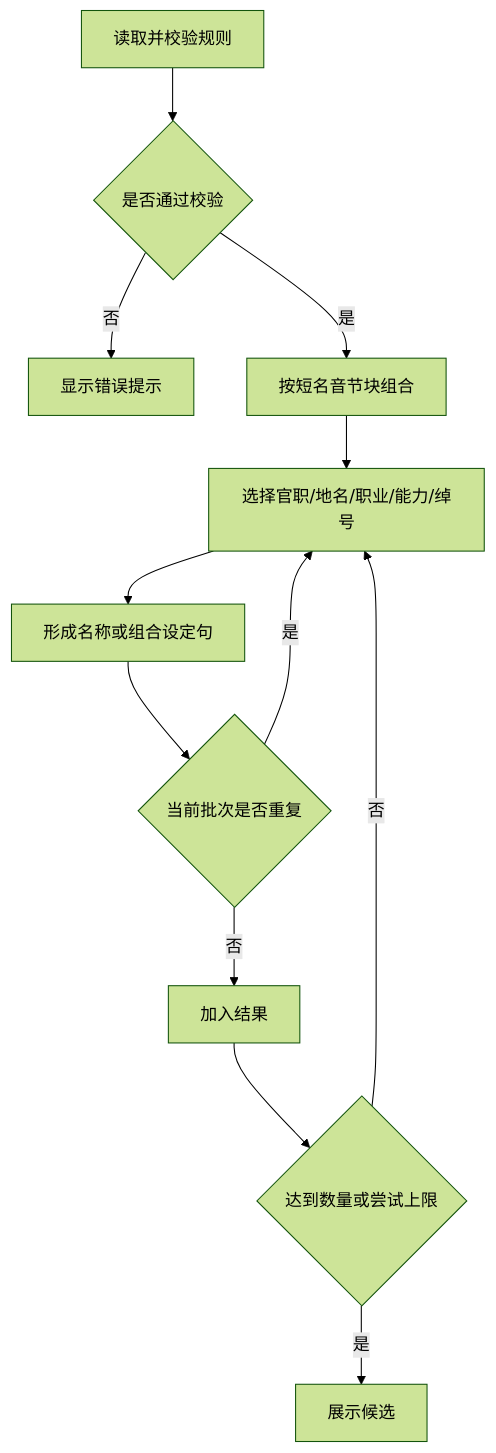
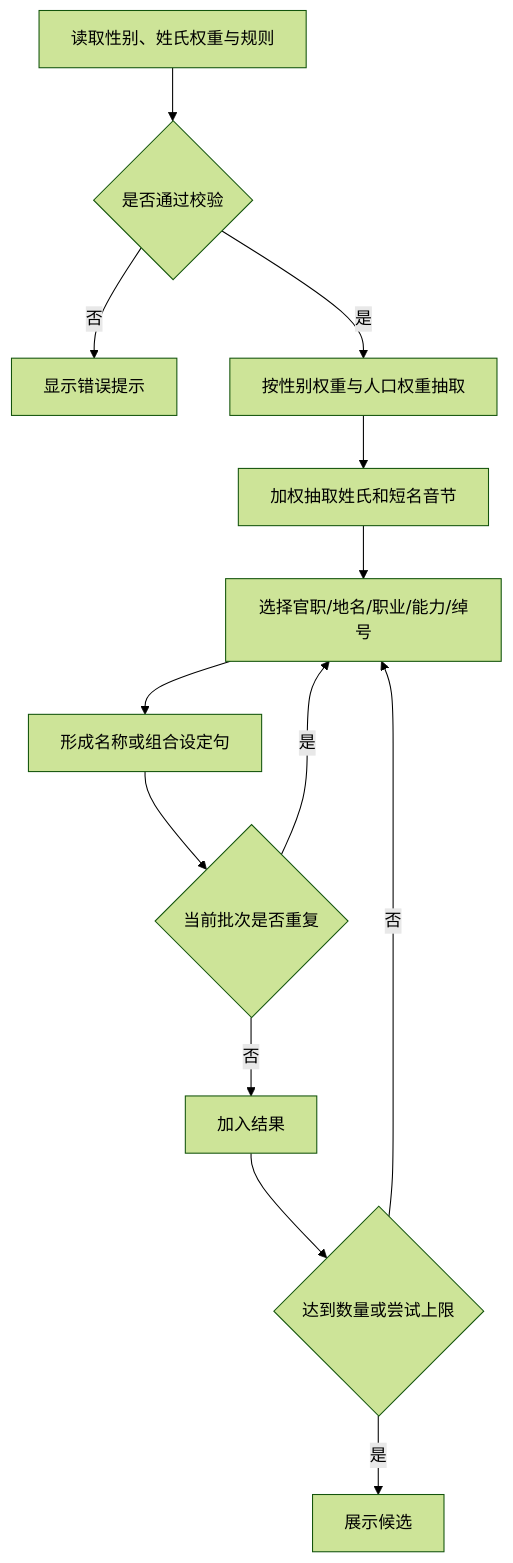
Before and after one commit to the-writer/creative-workshop: the diagram in docs/prd/02-name-generation.md, drawn with Mermaid (forest theme). The commit also changed other lines of this file and 11 other files, not shown here.

````diff
--- a/docs/prd/02-name-generation.md
+++ b/docs/prd/02-name-generation.md
@@ -44,14 +62,15 @@
 ```mermaid
 flowchart TD
-  A[读取并校验规则] --> B{是否通过校验}
+  A[读取性别、姓氏权重与规则] --> B{是否通过校验}
   B -- 否 --> C[显示错误提示]
-  B -- 是 --> D[按短名音节块组合]
-  D --> E[选择官职/地名/职业/能力/绰号]
+  B -- 是 --> D[按性别权重与人口权重抽取]
+  D --> D1[加权抽取姓氏和短名音节]
+  D1 --> E[选择官职/地名/职业/能力/绰号]
   E --> F[形成名称或组合设定句]
   F --> G{当前批次是否重复}
   G -- 是 --> E
   G -- 否 --> H[加入结果]
   H --> I{达到数量或尝试上限}
   I -- 否 --> E
   I -- 是 --> J[展示候选]
 ```
````
